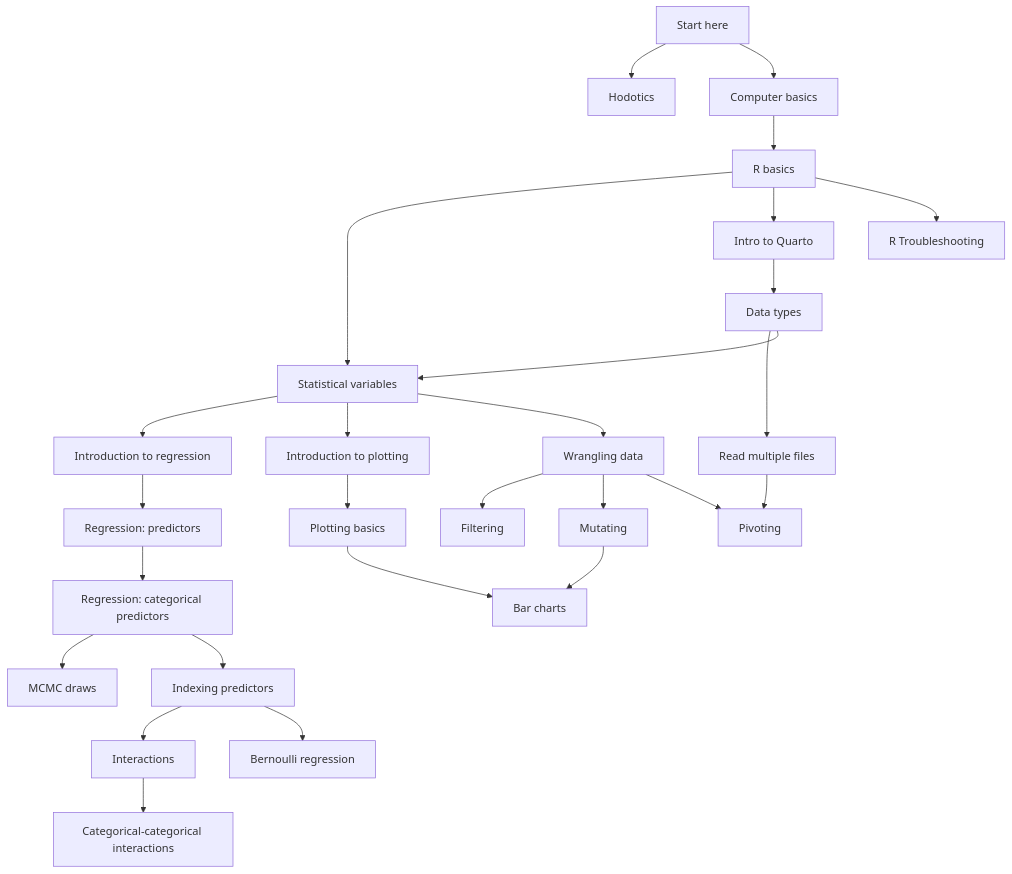
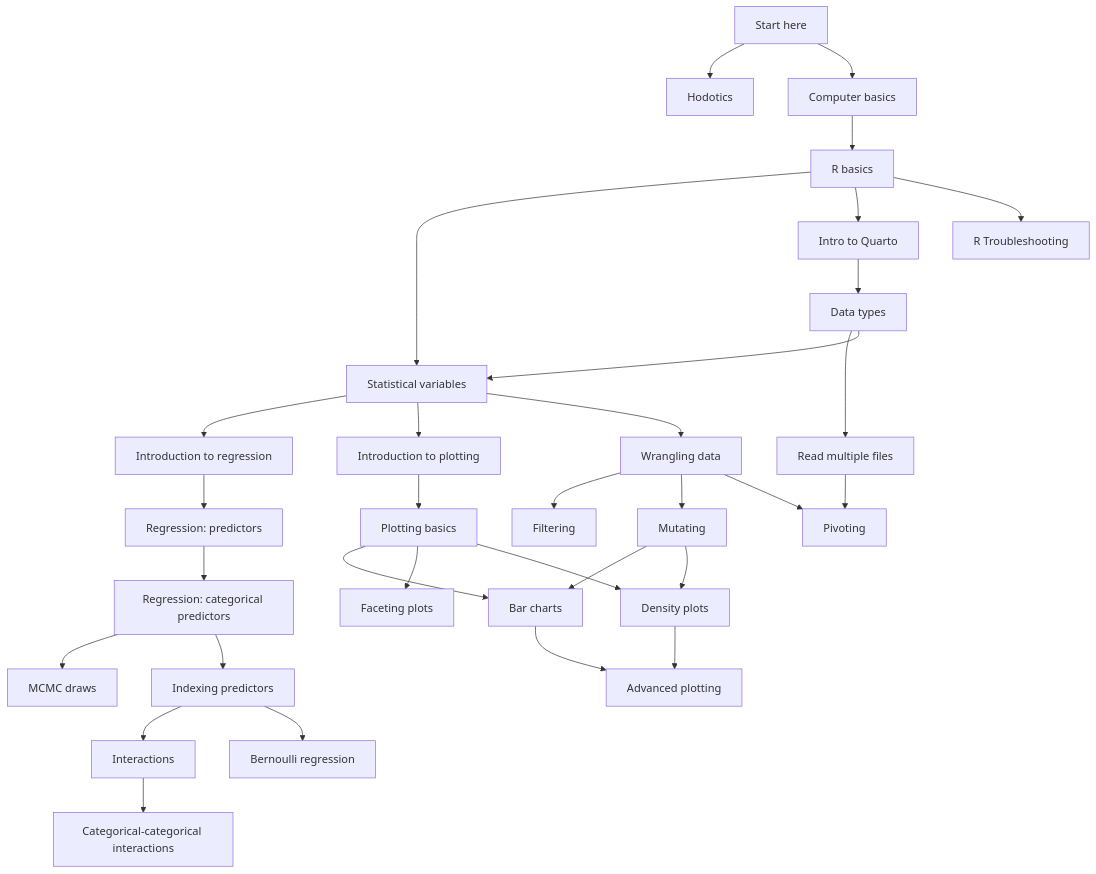
Before and after one commit to uoelel/qml: the diagram in map.qmd, drawn with Mermaid. The commit also changed 222 other files, not shown here.

````diff
--- a/map.qmd
+++ b/map.qmd
@@ -10,75 +10,82 @@
 ```{mermaid}
 graph TD
   A[Start here]
   B[Hodotics]
+  click B href "posts/hodotics.html" "Go to page"
   C[Computer basics]
+  click C href "posts/computer-basics.html" "Go to page"
   D[R basics]
+  click D href "posts/r-basics.html" "Go to page"
   E[Statistical variables]
+  click E href "posts/stat-variables.html" "Go to page"
   F[Intro to Quarto]
+  click F href "posts/intro-quarto.html" "Go to page"
+  G[R Troubleshooting]
+  click G href "posts/r-troubleshooting.html" "Go to page"
   H[Data types]
+  click H href "posts/data-types.html" "Go to page"
   I[Read multiple files]
-  G[R Troubleshooting]
+  click I href "posts/import-multiple.html" "Go to page"
   J[Introduction to regression]
+  click J href "posts/intro-regression.html" "Go to page"
   K[Introduction to plotting]
+  click K href "posts/intro-plot.html" "Go to page"
   L[Wrangling data]
+  click L href "posts/wrangling.html" "Go to page"
   M[Plotting basics]
+  click M href "posts/plotting-basics.html" "Go to page"
   N[Bar charts]
+  click N href "posts/bar-charts.html" "Go to page"
   O[Filtering]
+  click O href "posts/wrangle-filter.html" "Go to page"
   P[Mutating]
+  click P href "posts/wrangle-mutate.html" "Go to page"
   Q[Pivoting]
-  
-  click B href "posts/hodotics.html" "Go to page"
-  click C href "posts/computer-basics.html" "Go to page"
-  click D href "posts/r-basics.html" "Go to page"
-  click E href "posts/stat-variables.html" "Go to page"
-  click F href "posts/intro-quarto.html" "Go to page"
-  click G href "posts/r-troubleshooting.html" "Go to page"
-  click H href "posts/data-types.html" "Go to page"
-  click I href "posts/import-multiple.html" "Go to page"
-  click J href "posts/intro-regression.html" "Go to page"
-  click K href "posts/intro-plot.html" "Go to page"
-  click L href "posts/wrangling.html" "Go to page"
-  click M href "posts/plotting-basics.html" "Go to page"
-  click N href "posts/bar-charts.html" "Go to page"
-  click O href "posts/wrangle-filter.html" "Go to page"
-  click P href "posts/wrangle-mutate.html" "Go to page"
   click Q href "posts/wrangle-pivoting.html" "Go to page"
+  Z[Faceting plots]
+  click Z href "posts/plot-faceting.html" "Go to page"
+  AA[Density plots]
+  click AA href "posts/plot-density.html" "Go to page"
+  AB[Advanced plotting]
+  click AB href "posts/plot-advanced.html" "Go to page"
   
   R[Regression: predictors]
+  click R href "posts/intro-regression-predictors.html" "Go to page"
   S[Regression: categorical predictors]
+  click S href "posts/intro-regression-categorical.html" "Go to page"
   T[MCMC draws]
+  click T href "posts/regression-draws.html" "Go to page"
   U[Indexing predictors]
+  click U href "posts/regression-indexing.html" "Go to page"
   V[Interactions]
+  click V href "posts/regression-interactions.html" "Go to page"
   W[Categorical-categorical interactions]
+  click W href "posts/regression-interactions-catcat.html" "Go to page"
   X[Bernoulli regression]
-  click R href "posts/intro-regression-predictors.html" "Go to page"
-  click S href "posts/intro-regression-categorical.html" "Go to page"
-  click T href "posts/regression-draws.html" "Go to page"
-  click U href "posts/regression-indexing.html" "Go to page"
-  click V href "posts/regression-interactions.html" "Go to page"
-  click W href "posts/regression-interactions-catcat.html" "Go to page"
   click X href "posts/regression-bernoulli.html" "Go to page"
   
   A --> B & C
   C --> D
   
   D --> E & F & G
   
   F --> H
   H --> I & E
   I --> Q
   
   E --> J & K & L
   
   K --> M
-  M --> N
+  M --> N & Z & AA
+  N --> AB
+  AA --> AB
 
   L --> O & P & Q
-  P --> N
+  P --> N & AA
   
   %% Regression
   J --> R --> S --> T & U
   U --> V & X
   V --> W
   
 ```
````
